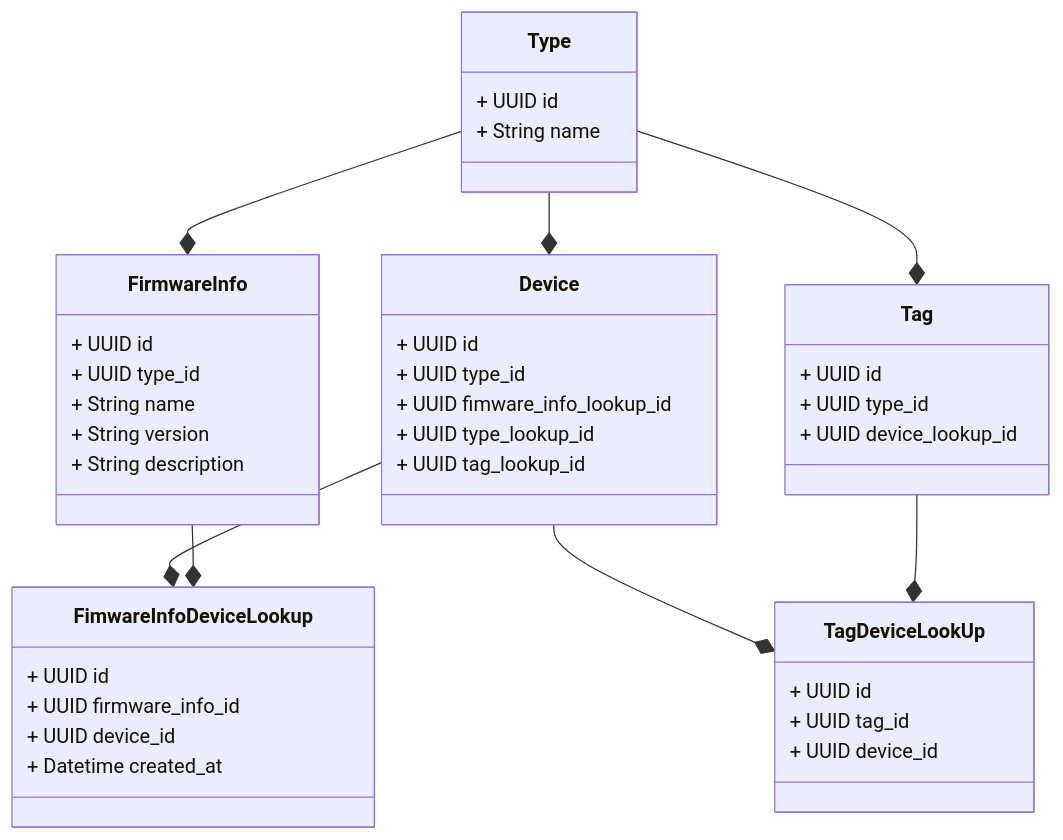
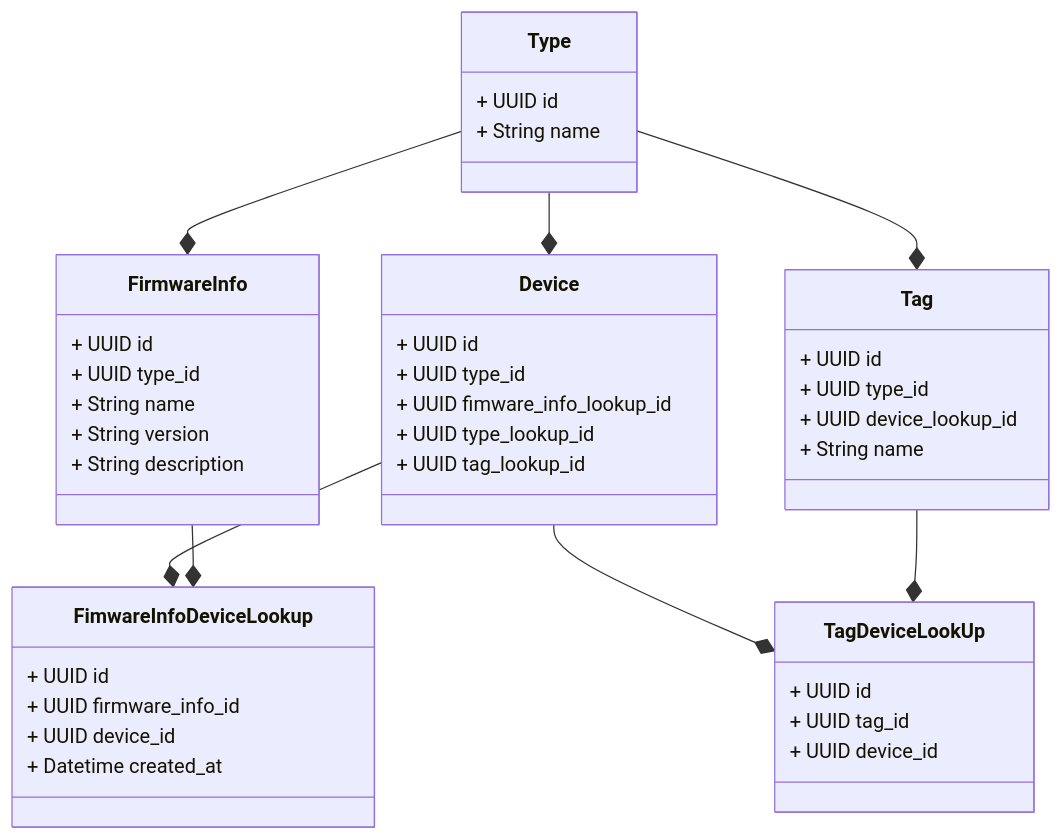
Before and after one commit to OTA-Updates/backend: the diagram in docs/database_model.md, drawn with Mermaid. The commit also changed 8 other files, not shown here.

Commit message:
feat (calypte_api): updates schemas according to the models doc

````diff
--- a/docs/database_model.md
+++ b/docs/database_model.md
@@ -3,49 +3,51 @@
 ```mermaid
 classDiagram
     class Type {
         + UUID id
         + String name
     }
     class FirmwareInfo {
         + UUID id
         + UUID type_id
         + String name
         + String version
         + String description
     }
     class Tag {
         + UUID id
         + UUID type_id
         + UUID device_lookup_id
+
+        + String name
     }
     class Device {
         + UUID id
         + UUID type_id
         + UUID fimware_info_lookup_id
         + UUID type_lookup_id
         + UUID tag_lookup_id
     }
     class TagDeviceLookUp {
         + UUID id
         + UUID tag_id
         + UUID device_id
     }
     class FimwareInfoDeviceLookup {
         + UUID id
         + UUID firmware_info_id
         + UUID device_id
 
         + Datetime created_at
     }
 
     Type --* FirmwareInfo
     Type --* Tag
     Type --* Device
 
     Device --* TagDeviceLookUp
     Tag --* TagDeviceLookUp
 
     Device --* FimwareInfoDeviceLookup
     FirmwareInfo --* FimwareInfoDeviceLookup
 
 ```
````
